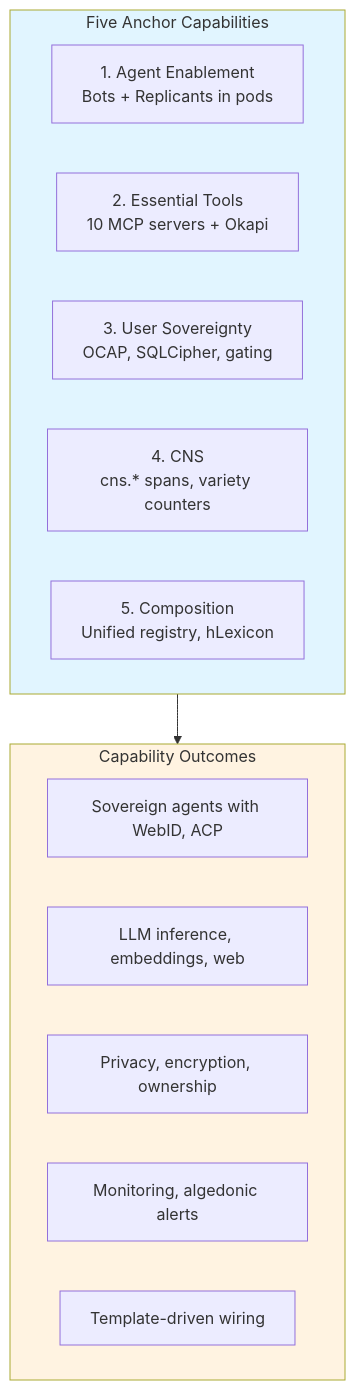
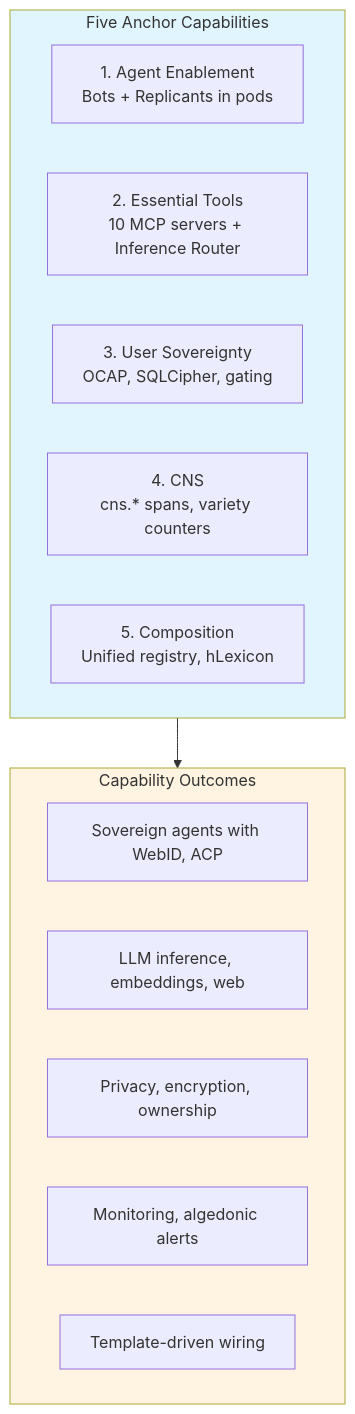
One commit to mdz-axo/hKask changed the first of 2 diagrams in docs/architecture/PRINCIPLES.md. Above: the diagram before and after it, drawn with Mermaid. The commit also changed other lines of this file and 20 other files, not shown here.

````diff
--- a/docs/architecture/PRINCIPLES.md
+++ b/docs/architecture/PRINCIPLES.md
@@ -25,23 +25,23 @@
 ```mermaid
 graph TD
     subgraph Anchors[Five Anchor Capabilities]
         A1[1. Agent Enablement<br/>Bots + Replicants in pods]
-        A2[2. Essential Tools<br/>10 MCP servers + Okapi]
+        A2[2. Essential Tools<br/>10 MCP servers + Inference Router]
         A3[3. User Sovereignty<br/>OCAP, SQLCipher, gating]
         A4[4. CNS<br/>cns.* spans, variety counters]
         A5[5. Composition<br/>Unified registry, hLexicon]
     end
     
     subgraph Outcomes[Capability Outcomes]
         O1[Sovereign agents with WebID, ACP]
         O2[LLM inference, embeddings, web]
         O3[Privacy, encryption, ownership]
         O4[Monitoring, algedonic alerts]
         O5[Template-driven wiring]
     end
     
     Anchors --> Outcomes
     
     style Anchors fill:#e1f5ff
     style Outcomes fill:#fff3e1
 ```
````
